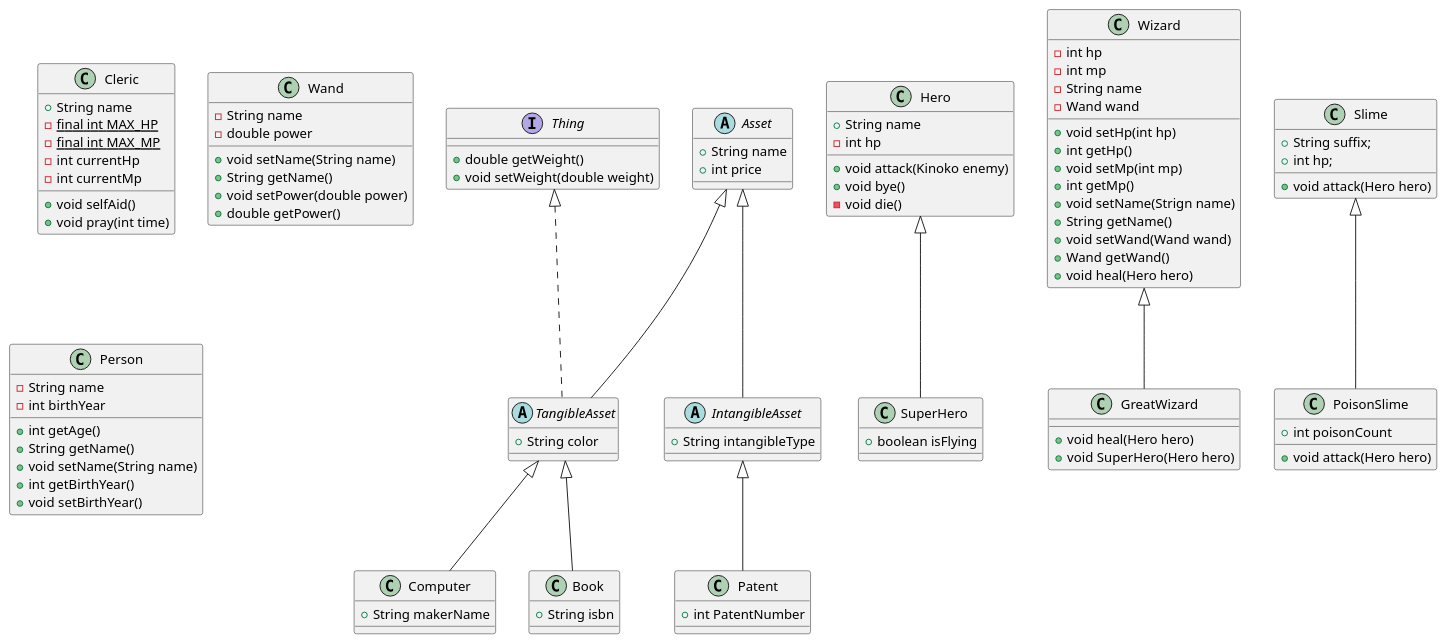
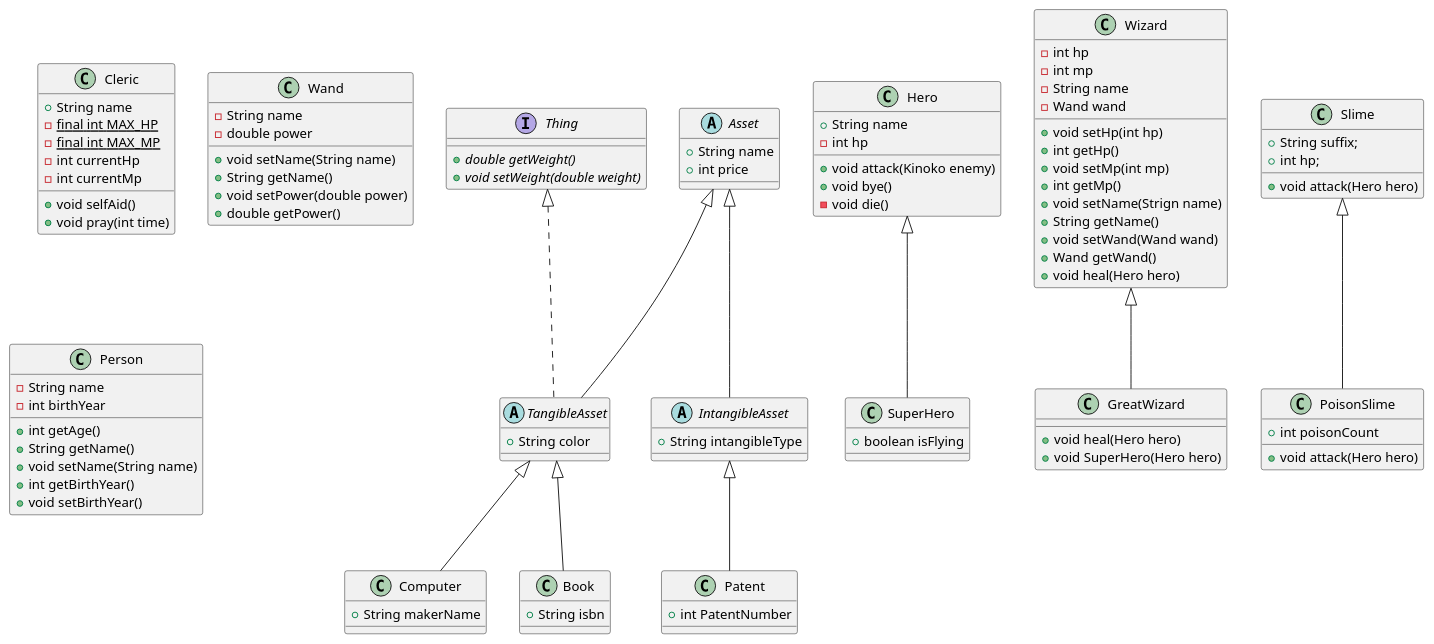
Before and after one commit to SurvivalCodingCampus/polytech_java_study: the diagram in src/main/java/com/survivalcoding/game.puml, drawn with PlantUML.

Commit message:
design: 인터페이스 수정

```diff
--- a/src/main/java/com/survivalcoding/game.puml
+++ b/src/main/java/com/survivalcoding/game.puml
@@ -1,99 +1,99 @@
 @startuml
 'https://plantuml.com/class-diagram
 class Computer extends TangibleAsset{
     + String makerName
 }
 class Book extends TangibleAsset{
     + String isbn
 }
 abstract class TangibleAsset extends Asset implements Thing{
     + String color
 }
 class Patent extends IntangibleAsset{
     + int PatentNumber
 }
 abstract class IntangibleAsset extends Asset{
     + String intangibleType
 }
 abstract class Asset{
     + String name
     + int price
 }
 interface Thing{
-    + double getWeight()
-    + void setWeight(double weight)
+    + {abstract} double getWeight()
+    + {abstract} void setWeight(double weight)
 }
 
 class SuperHero extends Hero{
     + boolean isFlying
 }
 
 class Cleric{
     + String name
     - {static} final int MAX_HP
     - {static} final int MAX_MP
     - int currentHp
     - int currentMp
 
     + void selfAid()
     + void pray(int time)
 
 }
 class Hero {
     + String name
     - int hp
 
     + void attack(Kinoko enemy)
     + void bye()
     - void die()
 }
 class Wizard{
     - int hp
     - int mp
     - String name
     - Wand wand
 
     + void setHp(int hp)
     + int getHp()
     + void setMp(int mp)
     + int getMp()
     + void setName(Strign name)
     + String getName()
     + void setWand(Wand wand)
     + Wand getWand()
     + void heal(Hero hero)
 }
 class GreatWizard extends Wizard{
     + void heal(Hero hero)
     + void SuperHero(Hero hero)
 }
 class Slime{
     + String suffix;
     + int hp;
     + void attack(Hero hero)
 }
 class PoisonSlime extends Slime{
     + int poisonCount
     + void attack(Hero hero)
 }
 class Wand{
     - String name
     - double power
 
     + void setName(String name)
     + String getName()
     + void setPower(double power)
     + double getPower()
 }
 
 class Person{
     - String name
     - int birthYear
 
     + int getAge()
     + String getName()
     + void setName(String name)
     + int getBirthYear()
     + void setBirthYear()
 }
 @enduml
```
